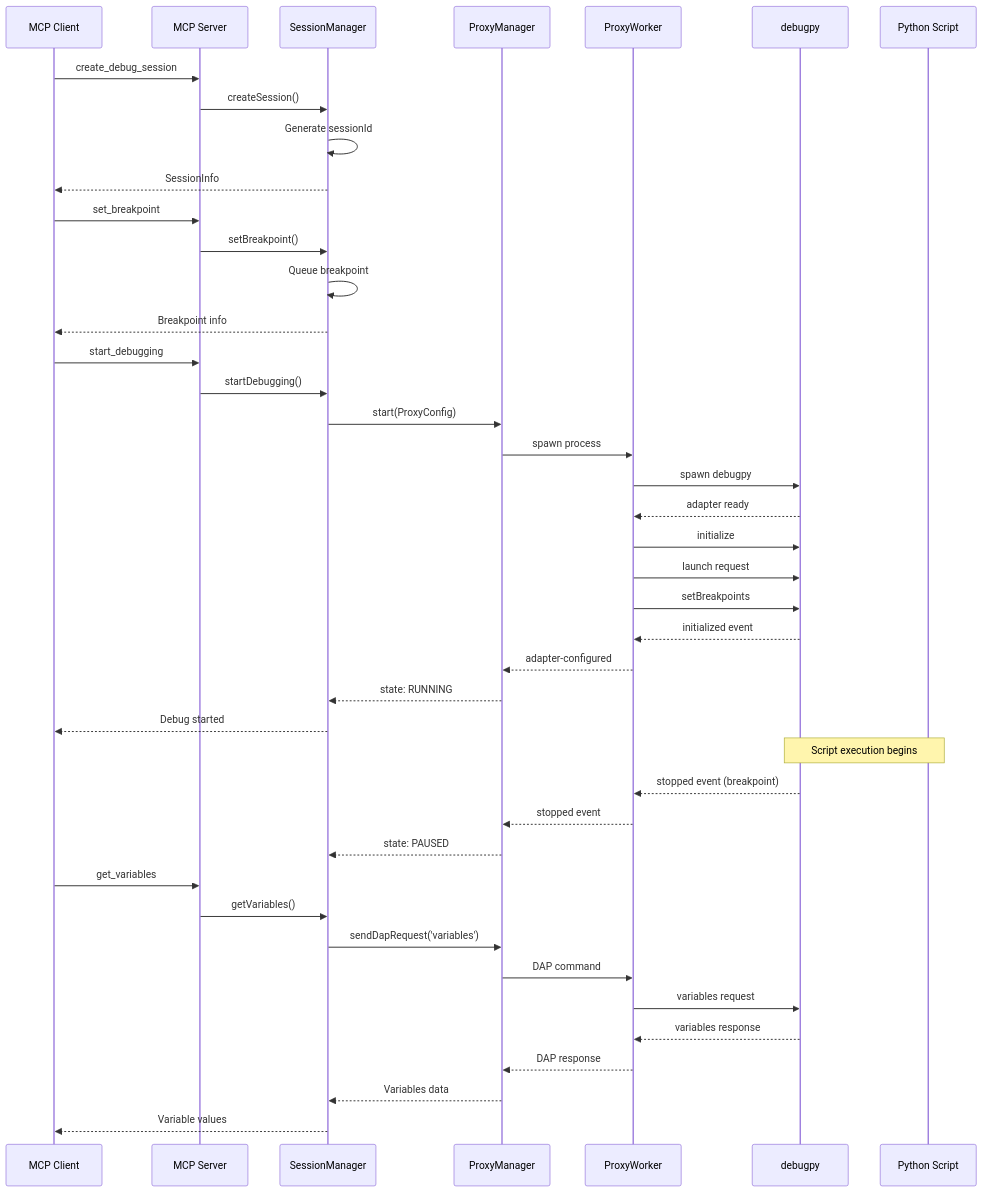
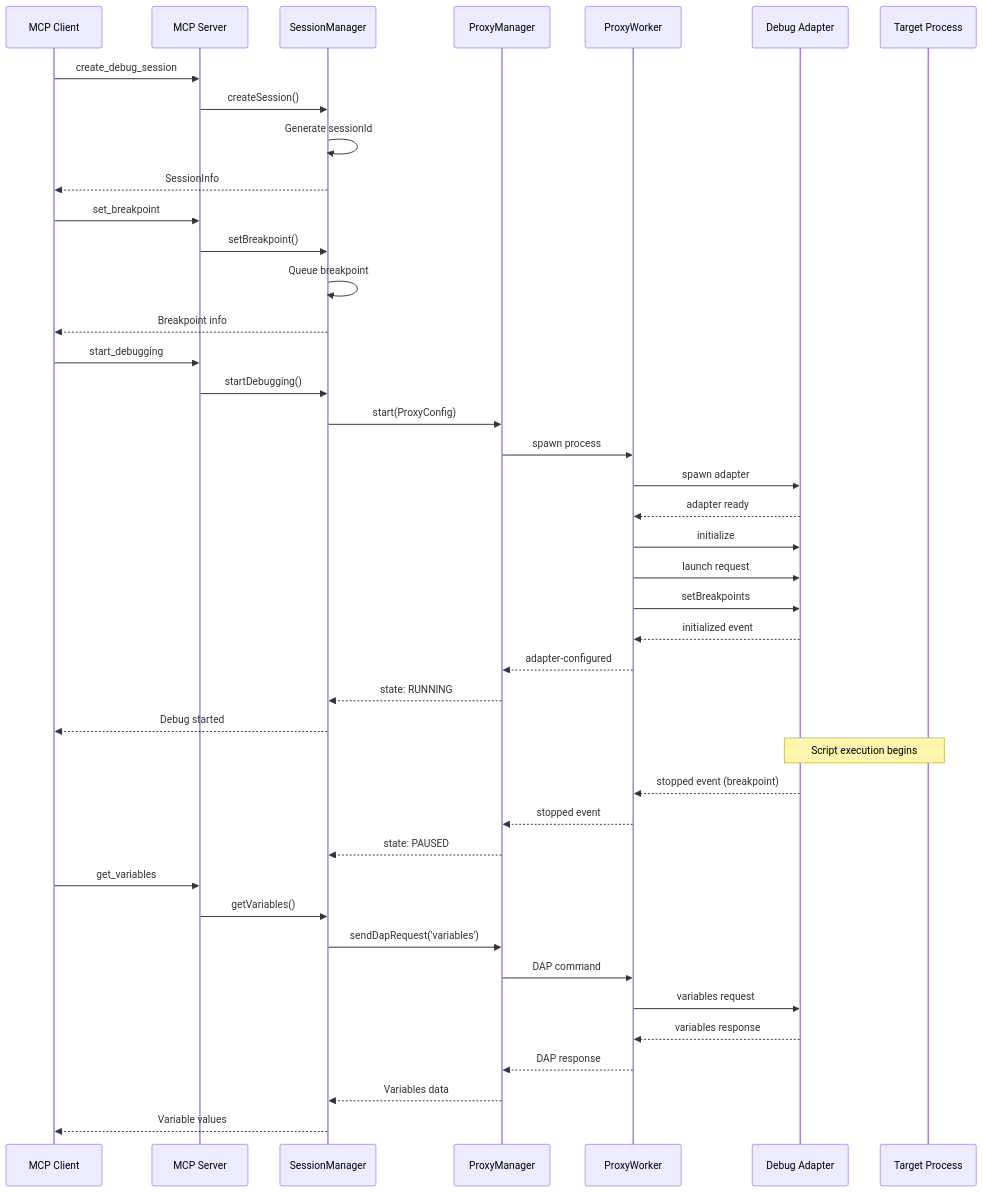
Before and after one commit to debugmcp/mcp-debugger: the second of 2 diagrams in docs/architecture/system-overview.md, drawn with Mermaid. The commit also changed other lines of this file and 129 other files, not shown here.

````diff
--- a/docs/architecture/system-overview.md
+++ b/docs/architecture/system-overview.md
@@ -141,50 +144,50 @@
 ```mermaid
 sequenceDiagram
     participant C as MCP Client
     participant S as MCP Server
     participant SM as SessionManager
     participant PM as ProxyManager
     participant PW as ProxyWorker
-    participant DA as debugpy
-    participant PY as Python Script
+    participant DA as Debug Adapter
+    participant TGT as Target Process
 
     C->>S: create_debug_session
     S->>SM: createSession()
     SM->>SM: Generate sessionId
     SM-->>C: SessionInfo
     
     C->>S: set_breakpoint
     S->>SM: setBreakpoint()
     SM->>SM: Queue breakpoint
     SM-->>C: Breakpoint info
     
     C->>S: start_debugging
     S->>SM: startDebugging()
     SM->>PM: start(ProxyConfig)
     PM->>PW: spawn process
-    PW->>DA: spawn debugpy
+    PW->>DA: spawn adapter
     DA-->>PW: adapter ready
     PW->>DA: initialize
     PW->>DA: launch request
     PW->>DA: setBreakpoints
     DA-->>PW: initialized event
     PW-->>PM: adapter-configured
     PM-->>SM: state: RUNNING
     SM-->>C: Debug started
     
-    Note over DA,PY: Script execution begins
+    Note over DA,TGT: Script execution begins
     
     DA-->>PW: stopped event (breakpoint)
     PW-->>PM: stopped event
     PM-->>SM: state: PAUSED
     
     C->>S: get_variables
     S->>SM: getVariables()
     SM->>PM: sendDapRequest('variables')
     PM->>PW: DAP command
     PW->>DA: variables request
     DA-->>PW: variables response
     PW-->>PM: DAP response
     PM-->>SM: Variables data
     SM-->>C: Variable values
 ```
````
